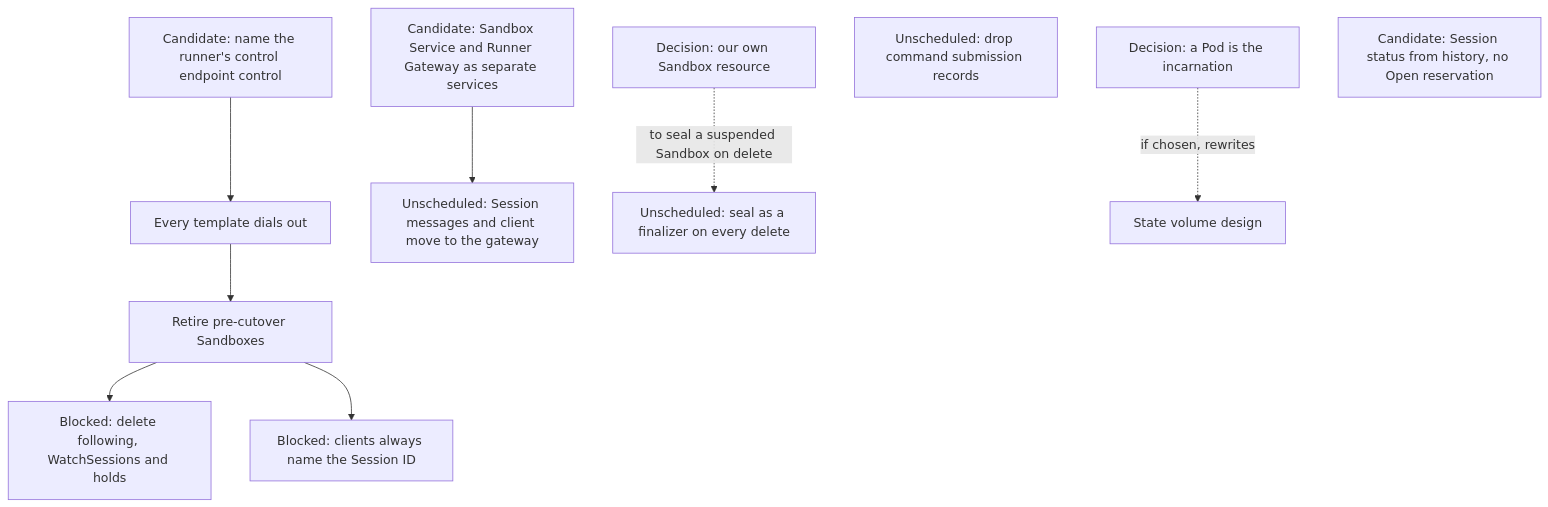
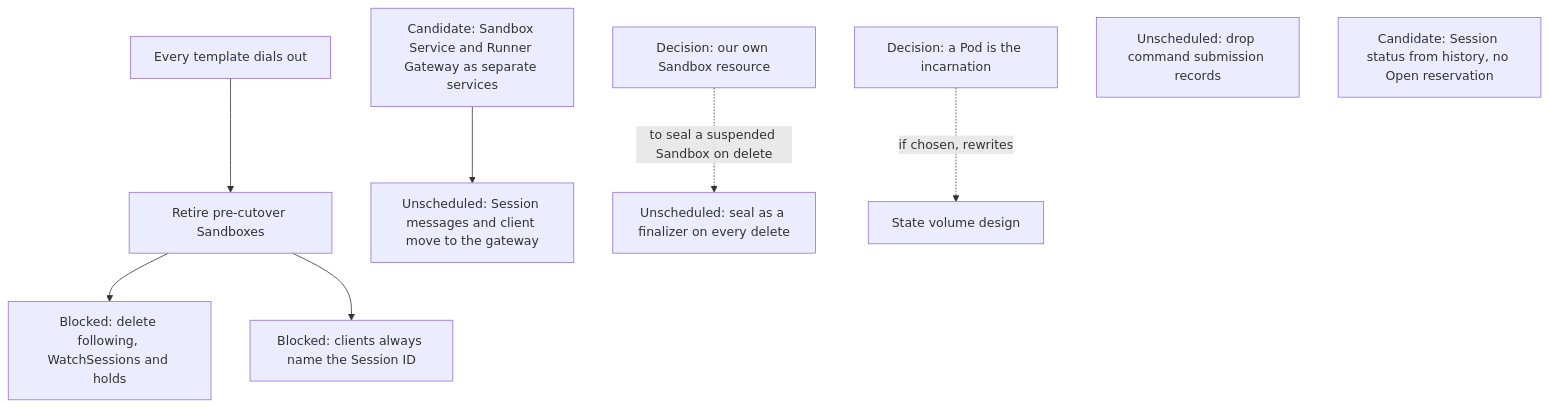
One commit to agentydragon-agent/ducktape changed diagram 12 of 12 in agentplane/plans/task_dag.md. Above: the diagram before and after it, drawn with Mermaid. The commit also changed other lines of this file and 60 other files, not shown here.

````diff
--- a/agentplane/plans/task_dag.md
+++ b/agentplane/plans/task_dag.md
@@ -910,21 +909,19 @@
 ```mermaid
 flowchart TD
     RUNNER_OUTBOUND_ROLLOUT[Every template dials out]
     LEGACY_SANDBOX_RETIRE[Retire pre-cutover Sandboxes]
     FOLLOW_PATH_RETIRE[Blocked: delete following, WatchSessions and holds]
     SANDBOX_SERVICE_DEPLOYMENT_SPLIT[Candidate: Sandbox Service and Runner Gateway as separate services]
     SANDBOX_SERVICE_DEPLOYMENT_SPLIT --> GATEWAY_CLIENT_SPLIT[Unscheduled: Session messages and client move to the gateway]
     AGENTPLANE_SANDBOX_RESOURCE[Decision: our own Sandbox resource]
     POD_INCARNATION[Decision: a Pod is the incarnation]
     SEAL_FINALIZER[Unscheduled: seal as a finalizer on every delete]
     COMMAND_RECORDS_RETIRE[Unscheduled: drop command submission records]
-    RUNNER_CONTROL_RENAME[Candidate: name the runner's control endpoint control]
-    RUNNER_CONTROL_RENAME --> RUNNER_OUTBOUND_ROLLOUT
     SESSION_ID_MINT_RETIRE[Blocked: clients always name the Session ID]
     LOOKUP_SESSION_RETIRE[Candidate: Session status from history, no Open reservation]
     RUNNER_OUTBOUND_ROLLOUT --> LEGACY_SANDBOX_RETIRE
     LEGACY_SANDBOX_RETIRE --> FOLLOW_PATH_RETIRE
     AGENTPLANE_SANDBOX_RESOURCE -. to seal a suspended Sandbox on delete .-> SEAL_FINALIZER
     POD_INCARNATION -. if chosen, rewrites .-> SESSION_STATE_VOLUME_DESIGN[State volume design]
     LEGACY_SANDBOX_RETIRE --> SESSION_ID_MINT_RETIRE
 ```
````
